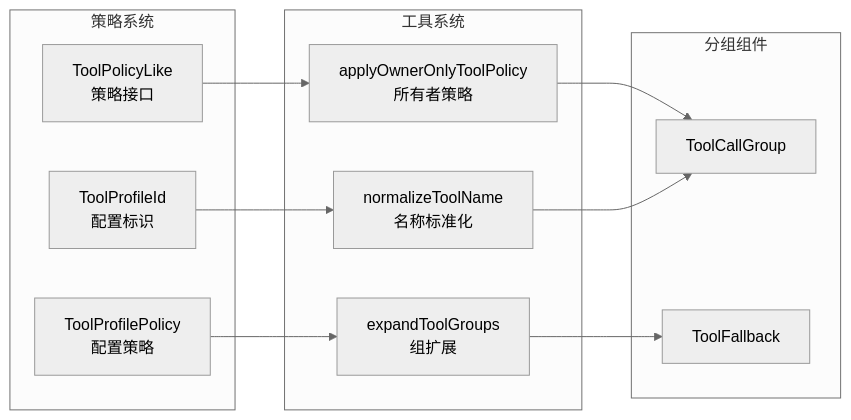
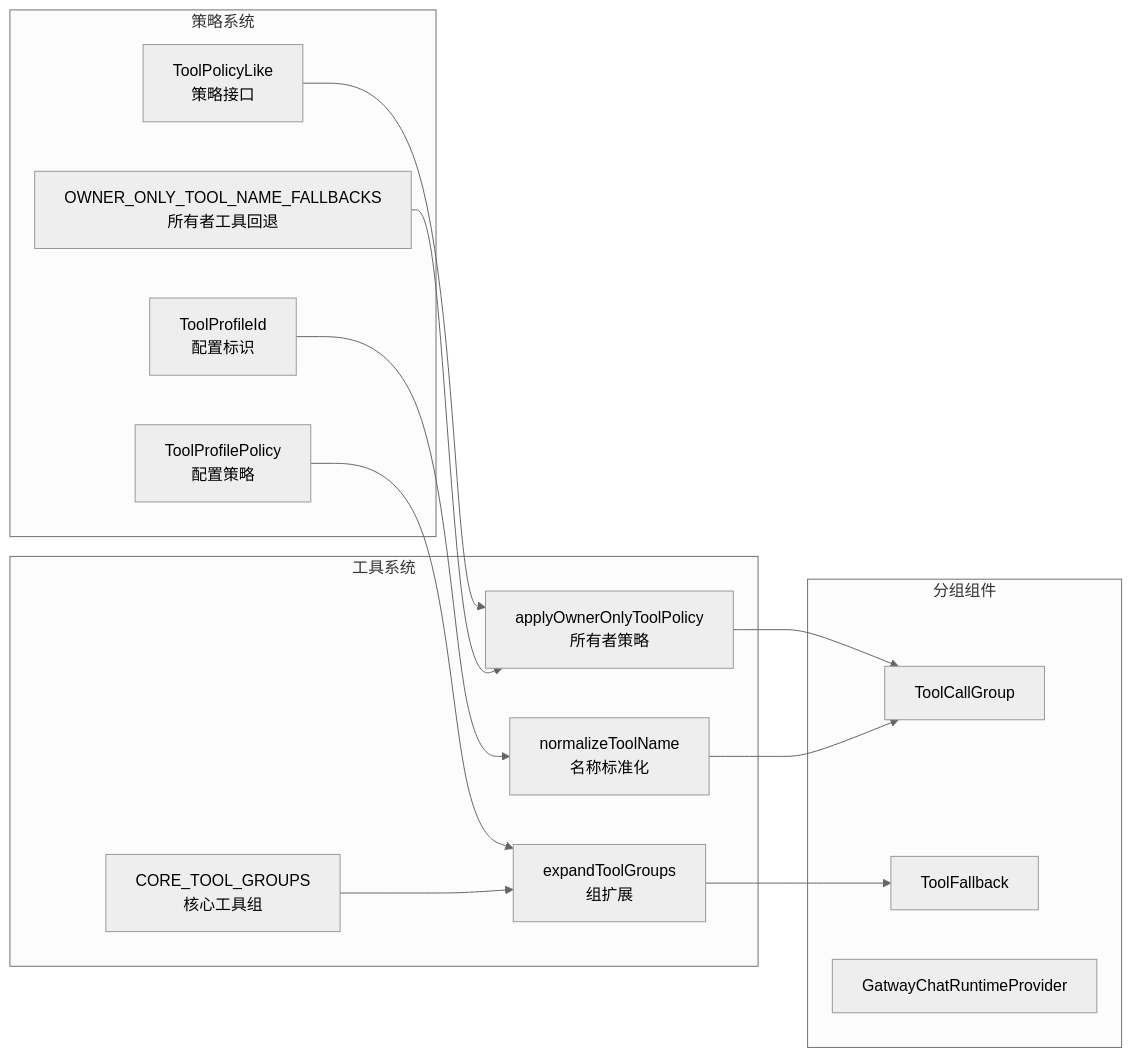
Before and after one commit to verse-ai-org/openclaw: the eighth of 9 diagrams in .qoder/repowiki/zh/content/Web界面/UI组件系统/工具调用分组组件.md, drawn with Mermaid (neutral theme). The commit also changed other lines of this file and 23 other files, not shown here.

````diff
--- a/.qoder/repowiki/zh/content/Web界面/UI组件系统/工具调用分组组件.md
+++ b/.qoder/repowiki/zh/content/Web界面/UI组件系统/工具调用分组组件.md
@@ -264,23 +368,28 @@
 ```mermaid
 graph LR
 subgraph "策略系统"
 A[ToolPolicyLike<br/>策略接口]
 B[ToolProfilePolicy<br/>配置策略]
 C[ToolProfileId<br/>配置标识]
+D[OWNER_ONLY_TOOL_NAME_FALLBACKS<br/>所有者工具回退]
 end
 subgraph "工具系统"
-D[applyOwnerOnlyToolPolicy<br/>所有者策略]
-E[expandToolGroups<br/>组扩展]
-F[normalizeToolName<br/>名称标准化]
+E[applyOwnerOnlyToolPolicy<br/>所有者策略]
+F[expandToolGroups<br/>组扩展]
+G[normalizeToolName<br/>名称标准化]
+H[CORE_TOOL_GROUPS<br/>核心工具组]
 end
 subgraph "分组组件"
-G[ToolCallGroup]
-H[ToolFallback]
+I[ToolCallGroup]
+J[ToolFallback]
+K[GatwayChatRuntimeProvider]
 end
-A --> D
-B --> E
-C --> F
-D --> G
-E --> H
-F --> G
+A --> E
+B --> F
+C --> G
+D --> E
+E --> I
+F --> J
+G --> I
+H --> F
 ```
````
